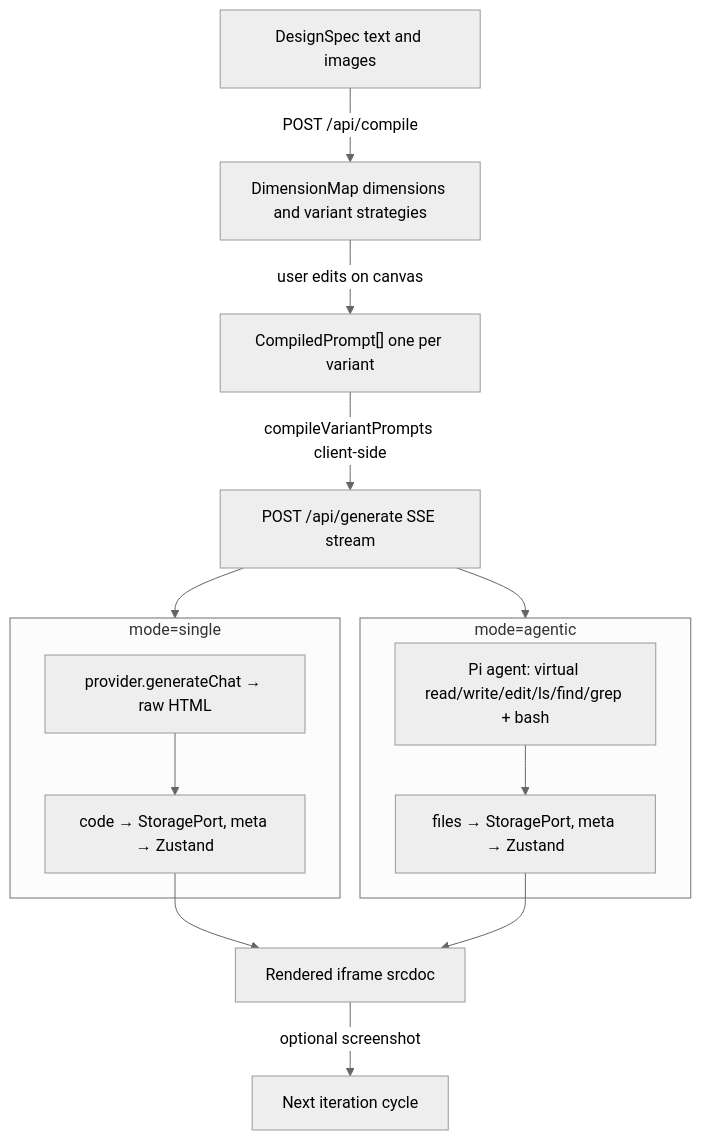
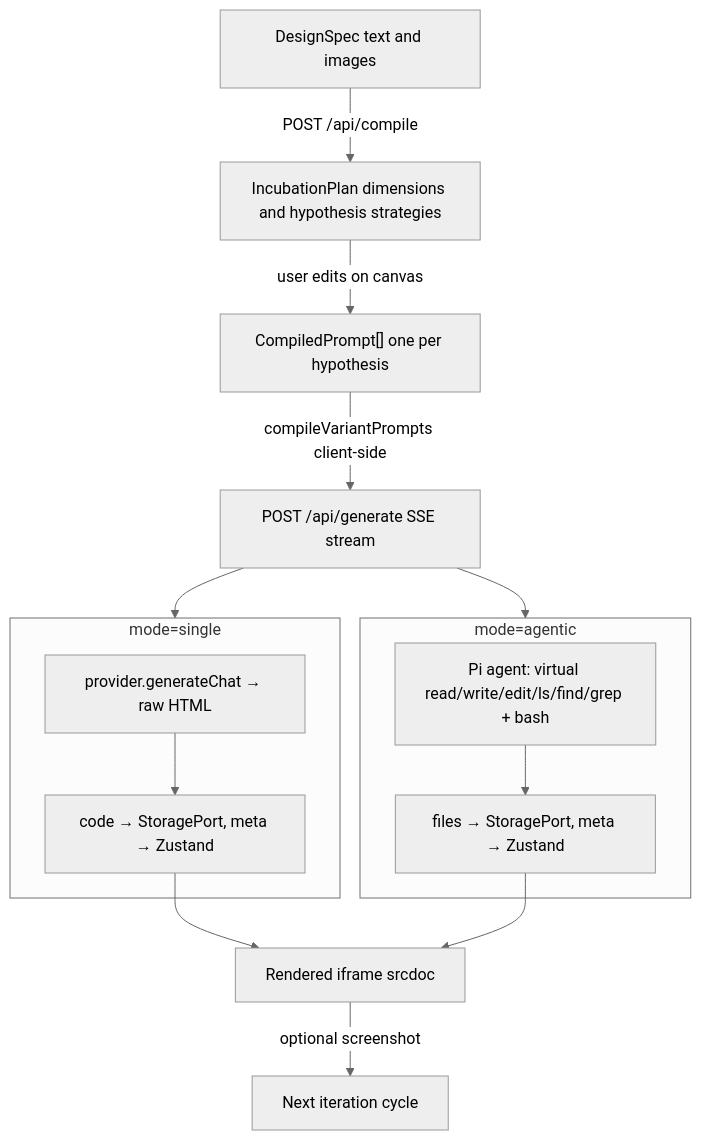
Before and after one commit to wolfyy970/designer: the fourth of 4 diagrams in ARCHITECTURE.md, drawn with Mermaid (neutral theme). The commit also changed other lines of this file and 183 other files, not shown here.

First line of the commit message:
refactor: deep terminology rename (variant→preview/hypothesis), code quality audit, and migration coverage

````diff
--- a/ARCHITECTURE.md
+++ b/ARCHITECTURE.md
@@ -141,30 +141,30 @@
 ```mermaid
 flowchart TB
   designSpec[DesignSpec text and images]
-  dimensionMap[DimensionMap dimensions and variant strategies]
-  compiledPrompt["CompiledPrompt[] one per variant"]
+  incubationPlan[IncubationPlan dimensions and hypothesis strategies]
+  compiledPrompt["CompiledPrompt[] one per hypothesis"]
   generate[POST /api/generate SSE stream]
 
-  designSpec -->|POST /api/compile| dimensionMap
-  dimensionMap -->|user edits on canvas| compiledPrompt
+  designSpec -->|POST /api/compile| incubationPlan
+  incubationPlan -->|user edits on canvas| compiledPrompt
   compiledPrompt -->|compileVariantPrompts client-side| generate
 
   generate --> singleMode
   generate --> agenticMode
 
   subgraph singleMode [mode=single]
     singleLLM[provider.generateChat → raw HTML]
     singleStore[code → StoragePort, meta → Zustand]
     singleLLM --> singleStore
   end
 
   subgraph agenticMode [mode=agentic]
     piLoop["Pi agent: virtual read/write/edit/ls/find/grep + bash"]
     agenticStore[files → StoragePort, meta → Zustand]
     piLoop --> agenticStore
   end
 
   singleStore --> iframe[Rendered iframe srcdoc]
   agenticStore --> iframe
   iframe -->|optional screenshot| nextIteration[Next iteration cycle]
 ```
````
